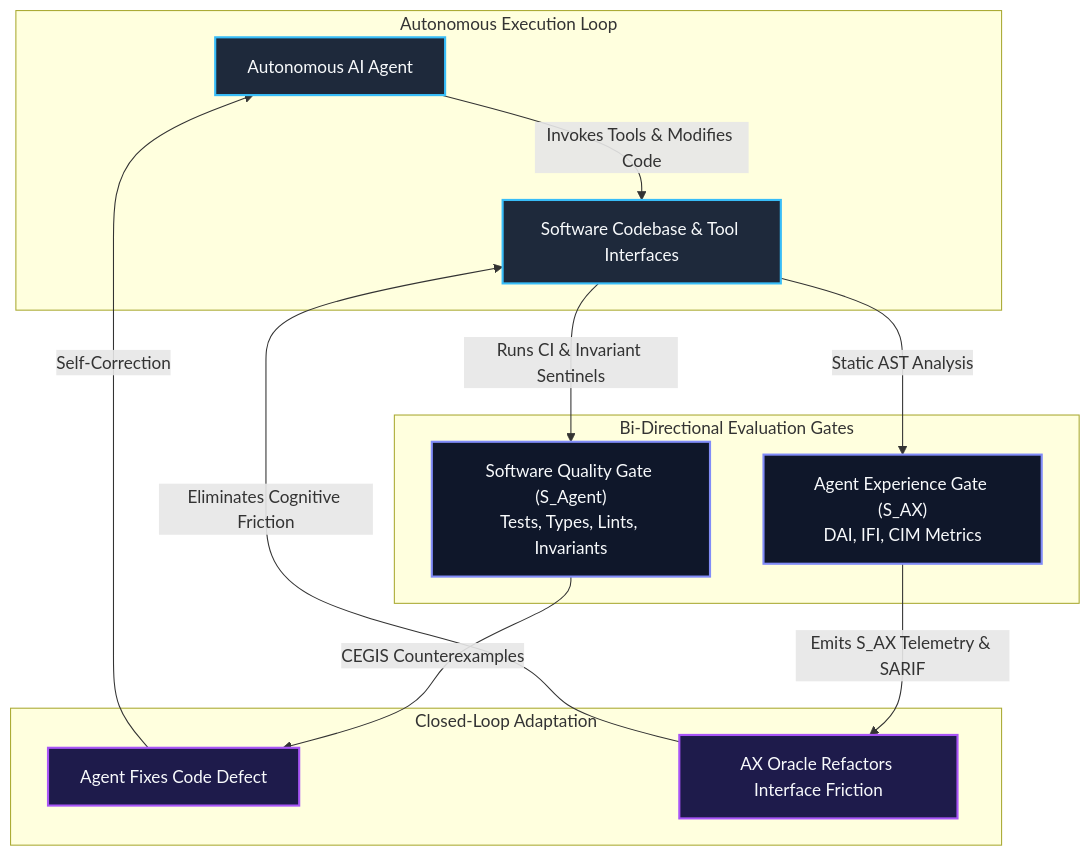
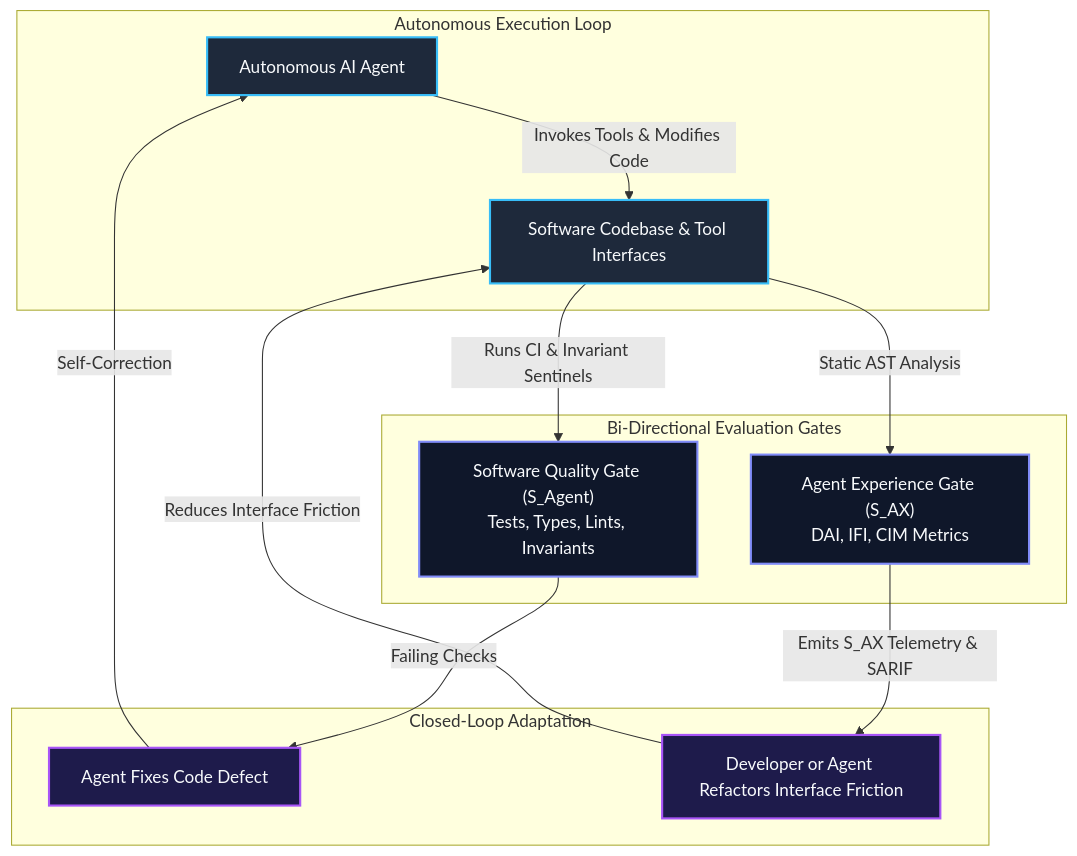
The diagram in examples/agent-experience-evaluator/README.md (dan-petty/vibes), drawn with Mermaid before and after one commit. The commit also changed other lines of this file and 248 other files, not shown here.

````diff
--- a/examples/agent-experience-evaluator/README.md
+++ b/examples/agent-experience-evaluator/README.md
@@ -22,34 +22,34 @@
 ```mermaid
 flowchart TD
     subgraph Execution ["Autonomous Execution Loop"]
         Agent["Autonomous AI Agent"]
         Codebase["Software Codebase & Tool Interfaces"]
     end
 
     subgraph DualGate ["Bi-Directional Evaluation Gates"]
         SoftwareGate["Software Quality Gate (S_Agent)<br/>Tests, Types, Lints, Invariants"]
         AXGate["Agent Experience Gate (S_AX)<br/>DAI, IFI, CIM Metrics"]
     end
 
     subgraph Remediation ["Closed-Loop Adaptation"]
         AgentPatch["Agent Fixes Code Defect"]
-        SchemaRefactor["AX Oracle Refactors Interface Friction"]
+        SchemaRefactor["Developer or Agent Refactors Interface Friction"]
     end
 
     Agent -->|"Invokes Tools & Modifies Code"| Codebase
     Codebase -->|"Runs CI & Invariant Sentinels"| SoftwareGate
-    SoftwareGate -->|"CEGIS Counterexamples"| AgentPatch
+    SoftwareGate -->|"Failing Checks"| AgentPatch
     AgentPatch -->|"Self-Correction"| Agent
 
     Codebase -->|"Static AST Analysis"| AXGate
     AXGate -->|"Emits S_AX Telemetry & SARIF"| SchemaRefactor
-    SchemaRefactor -->|"Eliminates Cognitive Friction"| Codebase
+    SchemaRefactor -->|"Reduces Interface Friction"| Codebase
 
     classDef primary fill:#1e293b,stroke:#38bdf8,stroke-width:2px,color:#f8fafc;
     classDef secondary fill:#0f172a,stroke:#818cf8,stroke-width:2px,color:#f8fafc;
     classDef accent fill:#1e1b4b,stroke:#a855f7,stroke-width:2px,color:#f8fafc;
 
     class Agent,Codebase primary;
     class SoftwareGate,AXGate secondary;
     class AgentPatch,SchemaRefactor accent;
 ```
````
